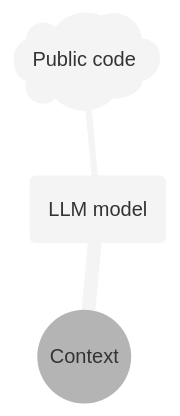
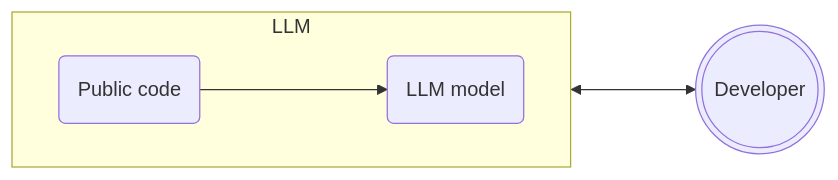
Before and after one commit to pieces-app/workshops: the first of 7 diagrams in 10x-developer-productivity/slides.md, drawn with Mermaid. The commit also changed other lines of this file and 1 other file, not shown here.

Commit message:
Improving mermaid diagrams

````diff
--- a/10x-developer-productivity/slides.md
+++ b/10x-developer-productivity/slides.md
@@ -175,7 +175,8 @@
 ```mermaid
-%%{init: {'theme': 'neutral' } }%%
-mindmap
-  root((Context))
-    llm-model(LLM model)
-      public-cloud)Public code(
+flowchart LR
+    subgraph LLM
+        direction LR
+        public-cloud(Public code)--->llm-model(LLM model)
+    end
+    LLM<--->context(((Developer)))
 ```
````
